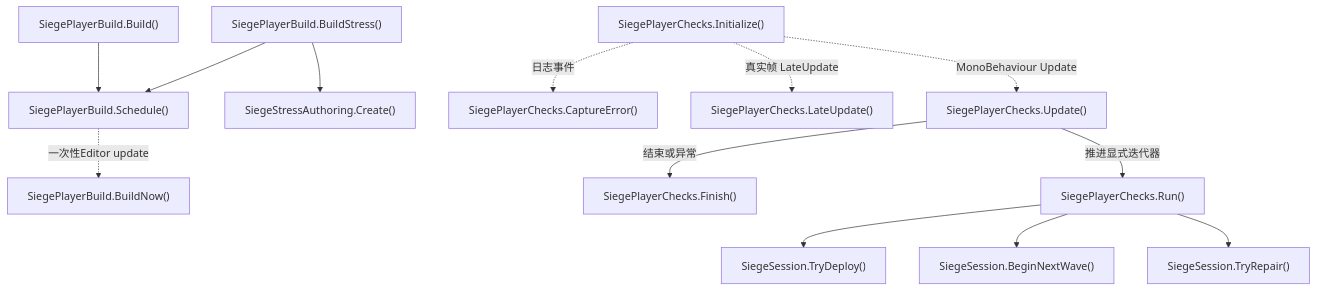
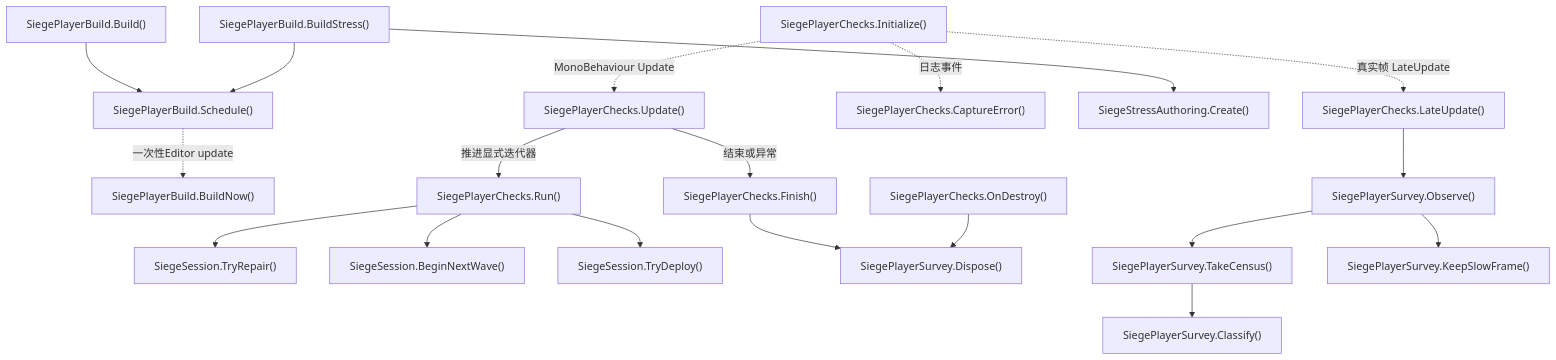
One commit to kukudia/HY-Sandbox changed diagram 35 of 38 in Docs/RuntimeFlow.md. Above: the diagram before and after it, drawn with Mermaid. The commit also changed other lines of this file and 15 other files, not shown here.

First line of the commit message:
Measure Siege Player body categories and bounded slow frames

````diff
--- a/Docs/RuntimeFlow.md
+++ b/Docs/RuntimeFlow.md
@@ -3208,43 +3208,61 @@
 ```mermaid
 flowchart TD
     A["SiegePlayerBuild.Build()"]
     click A "../Assets/Editor/Siege/SiegePlayerBuild.cs#L16" "打开源码"
     B["SiegePlayerBuild.BuildNow()"]
     click B "../Assets/Editor/Siege/SiegePlayerBuild.cs#L62" "打开源码"
     C["SiegePlayerChecks.Initialize()"]
-    click C "../Assets/Scripts/Features/Siege/SiegePlayerChecks.cs#L27" "打开源码"
+    click C "../Assets/Scripts/Features/Siege/SiegePlayerChecks.cs#L28" "打开源码"
     D["SiegePlayerChecks.Update()"]
-    click D "../Assets/Scripts/Features/Siege/SiegePlayerChecks.cs#L67" "打开源码"
+    click D "../Assets/Scripts/Features/Siege/SiegePlayerChecks.cs#L69" "打开源码"
     E["SiegePlayerChecks.Run()"]
-    click E "../Assets/Scripts/Features/Siege/SiegePlayerChecks.cs#L104" "打开源码"
+    click E "../Assets/Scripts/Features/Siege/SiegePlayerChecks.cs#L114" "打开源码"
     F["SiegePlayerChecks.LateUpdate()"]
-    click F "../Assets/Scripts/Features/Siege/SiegePlayerChecks.cs#L88" "打开源码"
+    click F "../Assets/Scripts/Features/Siege/SiegePlayerChecks.cs#L90" "打开源码"
     G["SiegePlayerChecks.Finish()"]
-    click G "../Assets/Scripts/Features/Siege/SiegePlayerChecks.cs#L298" "打开源码"
+    click G "../Assets/Scripts/Features/Siege/SiegePlayerChecks.cs#L308" "打开源码"
     H["SiegeSession.TryRepair()"]
     click H "../Assets/Scripts/Features/Siege/SiegeSession.cs#L101" "打开源码"
     I["SiegeSession.BeginNextWave()"]
     click I "../Assets/Scripts/Features/Siege/SiegeSession.cs#L74" "打开源码"
     J["SiegeSession.TryDeploy()"]
     click J "../Assets/Scripts/Features/Siege/SiegeSession.cs#L88" "打开源码"
     K["SiegePlayerChecks.CaptureError()"]
-    click K "../Assets/Scripts/Features/Siege/SiegePlayerChecks.cs#L290" "打开源码"
+    click K "../Assets/Scripts/Features/Siege/SiegePlayerChecks.cs#L300" "打开源码"
     L["SiegePlayerBuild.BuildStress()"]
     click L "../Assets/Editor/Siege/SiegePlayerBuild.cs#L22" "打开源码"
     M["SiegeStressAuthoring.Create()"]
     click M "../Assets/Editor/Siege/SiegeStressAuthoring.cs#L18" "打开源码"
     N["SiegePlayerBuild.Schedule()"]
     click N "../Assets/Editor/Siege/SiegePlayerBuild.cs#L42" "打开源码"
+    O["SiegePlayerSurvey.Observe()"]
+    click O "../Assets/Scripts/Features/Siege/SiegePlayerSurvey.cs#L36" "打开源码"
+    P["SiegePlayerSurvey.Classify()"]
+    click P "../Assets/Scripts/Features/Siege/SiegePlayerSurvey.cs#L71" "打开源码"
+    Q["SiegePlayerSurvey.Dispose()"]
+    click Q "../Assets/Scripts/Features/Siege/SiegePlayerSurvey.cs#L206" "打开源码"
+    R["SiegePlayerChecks.OnDestroy()"]
+    click R "../Assets/Scripts/Features/Siege/SiegePlayerChecks.cs#L108" "打开源码"
+    S["SiegePlayerSurvey.TakeCensus()"]
+    click S "../Assets/Scripts/Features/Siege/SiegePlayerSurvey.cs#L124" "打开源码"
+    T["SiegePlayerSurvey.KeepSlowFrame()"]
+    click T "../Assets/Scripts/Features/Siege/SiegePlayerSurvey.cs#L152" "打开源码"
     A --> N
     L --> M
     L --> N
     N -.->|一次性Editor update| B
     C -.->|MonoBehaviour Update| D
     D -->|推进显式迭代器| E
     E --> H
     E --> I
     E --> J
     C -.->|真实帧 LateUpdate| F
     C -.->|日志事件| K
     D -->|结束或异常| G
+    F --> O
+    O --> S
+    S --> P
+    O --> T
+    G --> Q
+    R --> Q
 ```
````
